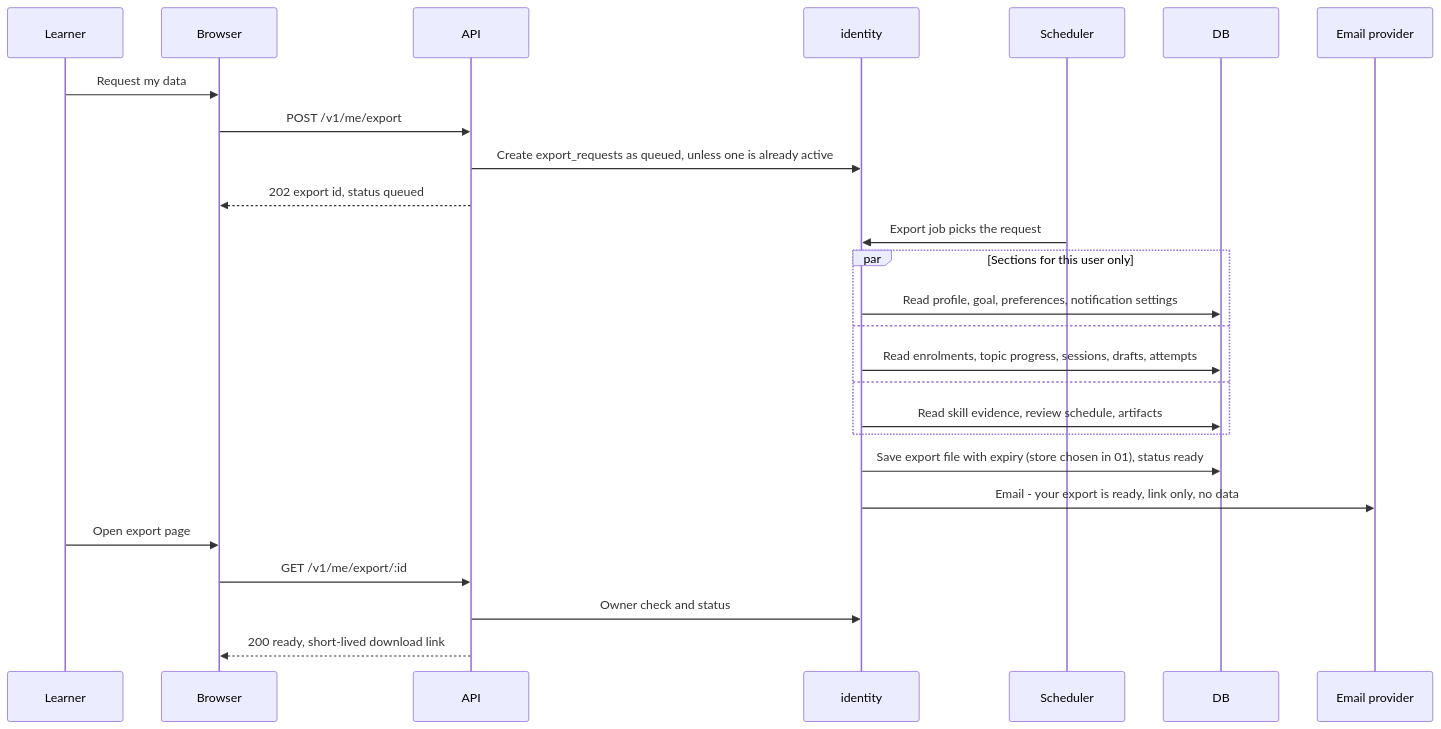
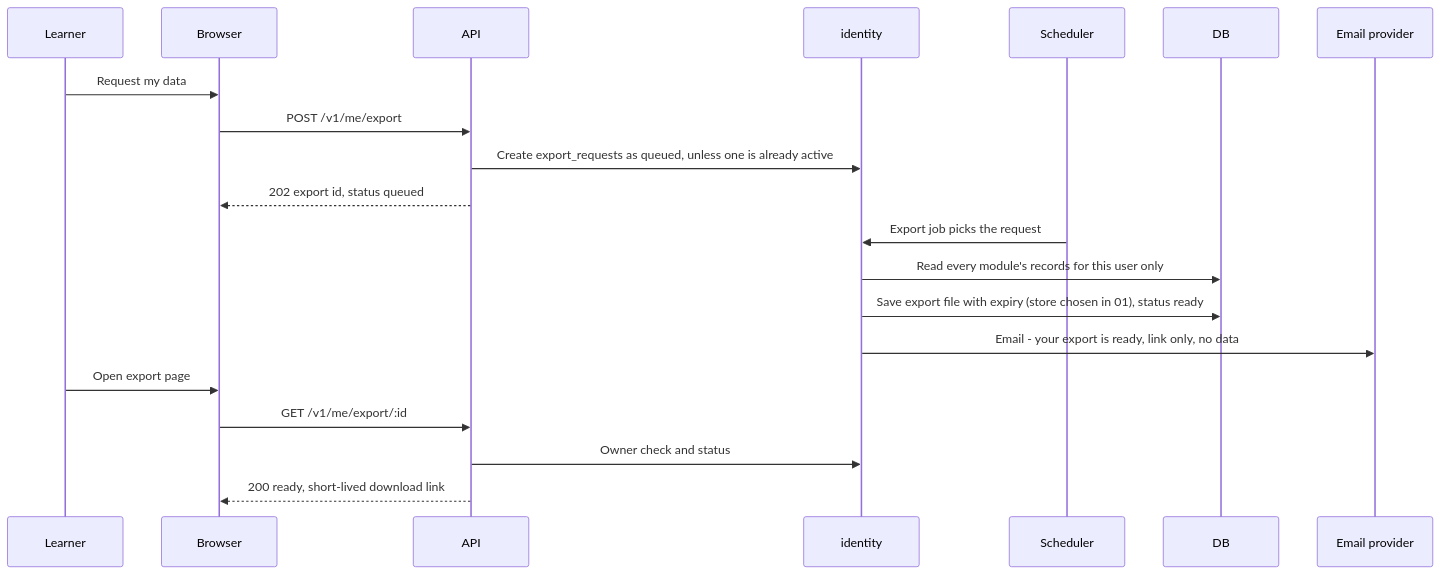
Diagram 18 of 19 in devstep/docs/03-key-flows.md (GhanshyamSoni68/app_idea), drawn with Mermaid before and after one commit. The commit also changed other lines of this file and 5 other files, not shown here.

````diff
--- a/devstep/docs/03-key-flows.md
+++ b/devstep/docs/03-key-flows.md
@@ -1174,28 +1081,22 @@
 ```mermaid
 sequenceDiagram
     participant L as Learner
     participant B as Browser
     participant API
     participant ID as identity
     participant SJ as Scheduler
     participant DB
     participant EP as Email provider
     L->>B: Request my data
     B->>API: POST /v1/me/export
     API->>ID: Create export_requests as queued, unless one is already active
     API-->>B: 202 export id, status queued
     SJ->>ID: Export job picks the request
-    par Sections for this user only
-        ID->>DB: Read profile, goal, preferences, notification settings
-    and
-        ID->>DB: Read enrolments, topic progress, sessions, drafts, attempts
-    and
-        ID->>DB: Read skill evidence, review schedule, artifacts
-    end
+    ID->>DB: Read every module's records for this user only
     ID->>DB: Save export file with expiry (store chosen in 01), status ready
     ID->>EP: Email - your export is ready, link only, no data
     L->>B: Open export page
     B->>API: GET /v1/me/export/:id
     API->>ID: Owner check and status
     API-->>B: 200 ready, short-lived download link
 ```
````
